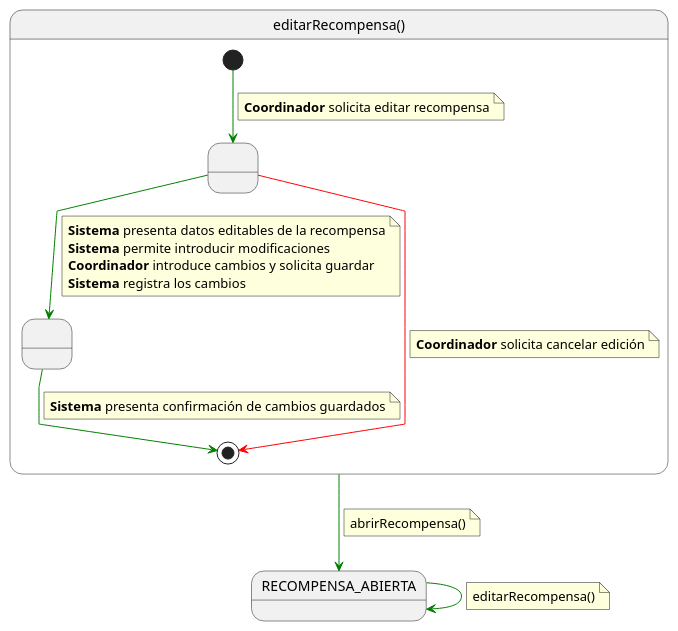
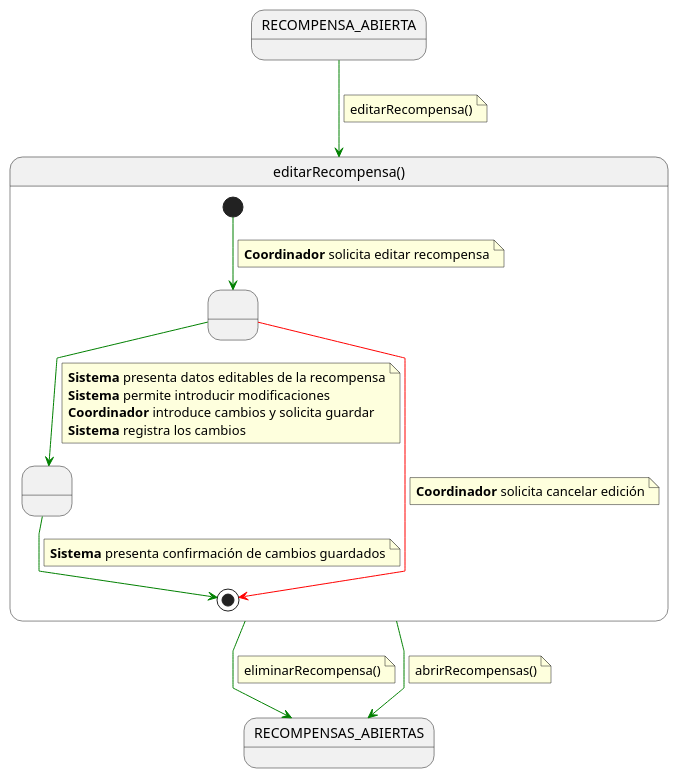
The diagram in documentación/CasosDeUso/Detalle/Coordinador/09-recompensas/editarRecompensa.puml (31Diego/25-26-IdSw1-SdR), drawn with PlantUML before and after one commit. The commit also changed 18 other files, not shown here.

```diff
--- a/documentación/CasosDeUso/Detalle/Coordinador/09-recompensas/editarRecompensa.puml
+++ b/documentación/CasosDeUso/Detalle/Coordinador/09-recompensas/editarRecompensa.puml
@@ -1,45 +1,53 @@
 @startuml editarRecompensa
 
 skinparam linetype polyline
+
+state in1 as "RECOMPENSA_ABIERTA"
+in1 -[#green]-> editarRecompensa
+note on link
+editarRecompensa()
+end note
 
 state editarRecompensa as "editarRecompensa()" {
 
     state " " as EditandoDatos
     state " " as CambiosGuardados
 
     [*] -[#green]-> EditandoDatos
     note on link
     <b>Coordinador</b> solicita editar recompensa
     end note
 
     EditandoDatos -[#green]-> CambiosGuardados
     note on link
     <b>Sistema</b> presenta datos editables de la recompensa
     <b>Sistema</b> permite introducir modificaciones
     <b>Coordinador</b> introduce cambios y solicita guardar
     <b>Sistema</b> registra los cambios
     end note
 
     EditandoDatos -[#red]-> [*]
     note on link
     <b>Coordinador</b> solicita cancelar edición
     end note
 
     CambiosGuardados -[#green]-> [*]
     note on link
     <b>Sistema</b> presenta confirmación de cambios guardados
     end note
 }
 
 
-RECOMPENSA_ABIERTA -[#green]-> RECOMPENSA_ABIERTA
+editarRecompensa -[#green]-> RECOMPENSAS_ABIERTAS
 note on link
-editarRecompensa()
+eliminarRecompensa()
 end note
 
-editarRecompensa -[#green]-> RECOMPENSA_ABIERTA
+
+editarRecompensa -[#green]-> RECOMPENSAS_ABIERTAS
 note on link
-abrirRecompensa()
+abrirRecompensas()
 end note
 
+
 @enduml
```
